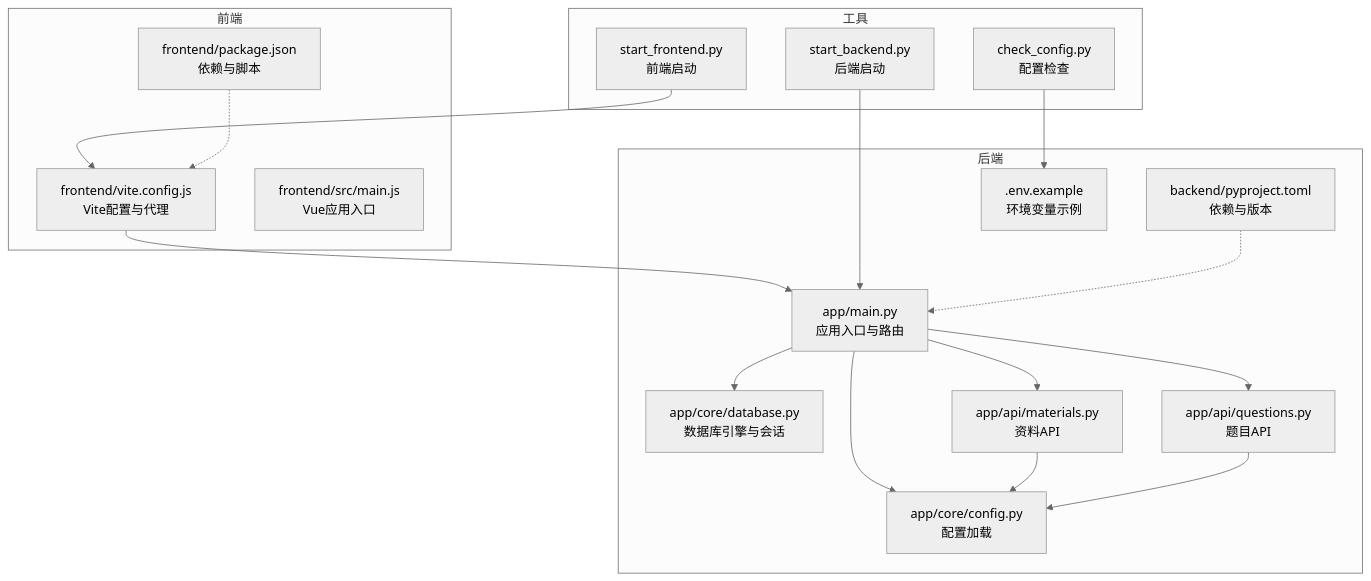
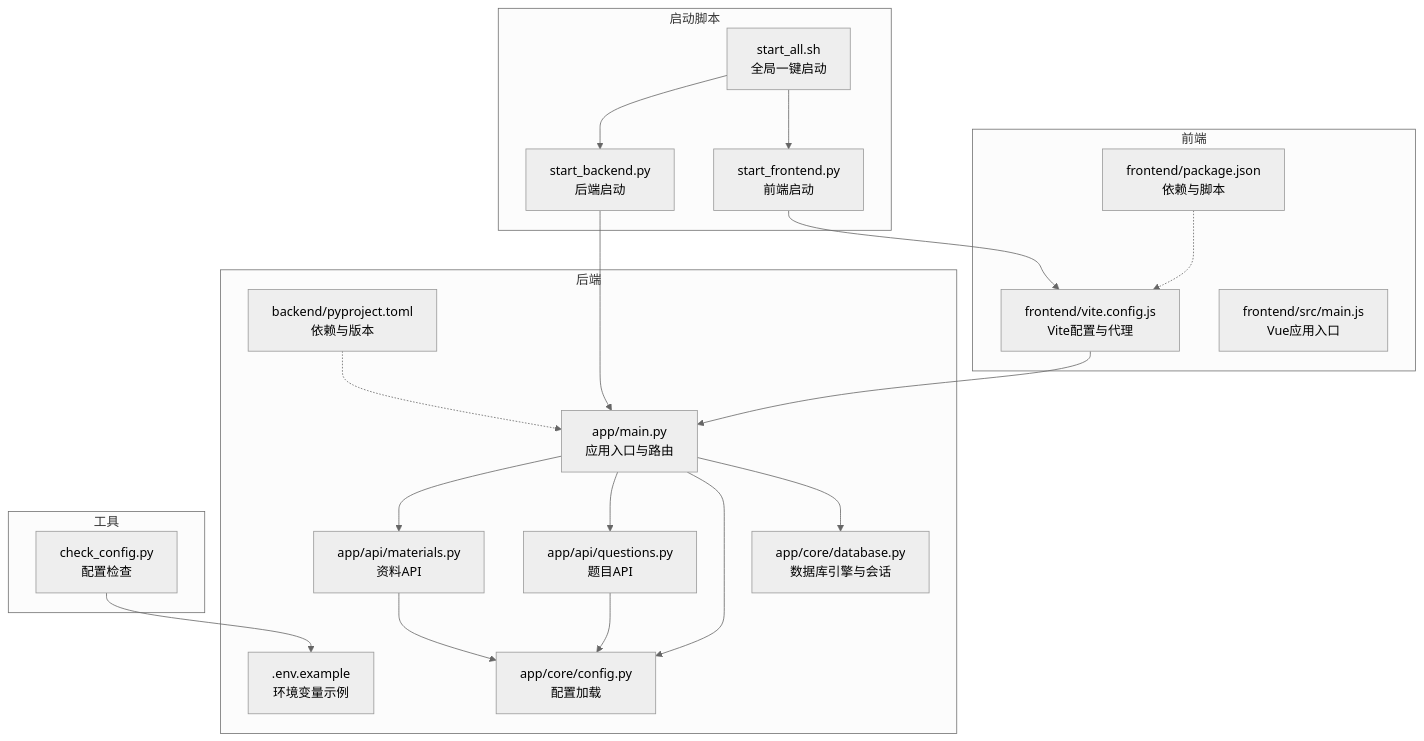
One commit to zhiwenli-jack/personal-learning-manager changed the first of 9 diagrams in .qoder/repowiki/zh/content/快速开始.md. Above: the diagram before and after it, drawn with Mermaid (neutral theme). The commit also changed other lines of this file and 15 other files, not shown here.

````diff
--- a/.qoder/repowiki/zh/content/快速开始.md
+++ b/.qoder/repowiki/zh/content/快速开始.md
@@ -56,34 +65,39 @@
 ```mermaid
 graph TB
 subgraph "后端"
 M["app/main.py<br/>应用入口与路由"]
 C["app/core/config.py<br/>配置加载"]
 D["app/core/database.py<br/>数据库引擎与会话"]
 AM["app/api/materials.py<br/>资料API"]
 AQ["app/api/questions.py<br/>题目API"]
 P["backend/pyproject.toml<br/>依赖与版本"]
 E[".env.example<br/>环境变量示例"]
 end
 subgraph "前端"
 V["frontend/vite.config.js<br/>Vite配置与代理"]
 F["frontend/src/main.js<br/>Vue应用入口"]
 PJ["frontend/package.json<br/>依赖与脚本"]
 end
-subgraph "工具"
+subgraph "启动脚本"
+SA["start_all.sh<br/>全局一键启动"]
 SB["start_backend.py<br/>后端启动"]
 SF["start_frontend.py<br/>前端启动"]
+end
+subgraph "工具"
 CC["check_config.py<br/>配置检查"]
 end
 M --> AM
 M --> AQ
 M --> C
 M --> D
 AM --> C
 AQ --> C
 V --> M
+SA --> SB
+SA --> SF
 SB --> M
 SF --> V
 CC --> E
 P -.-> M
 PJ -.-> V
 ```
````
